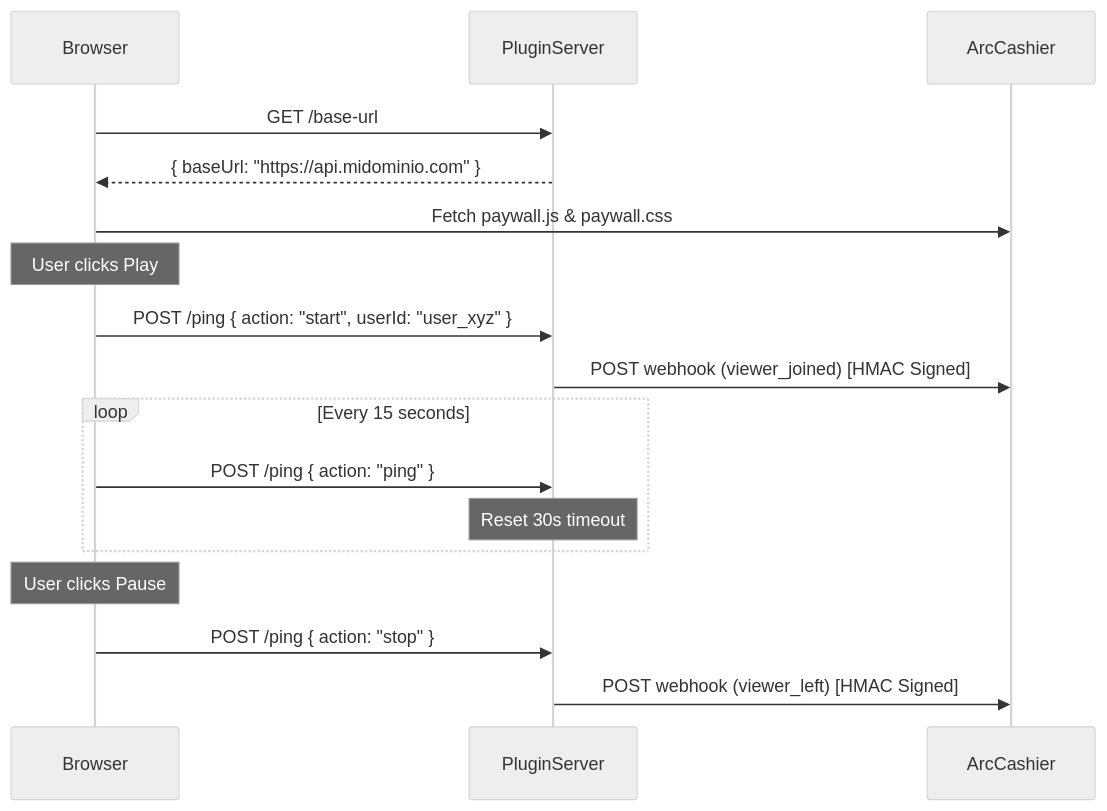
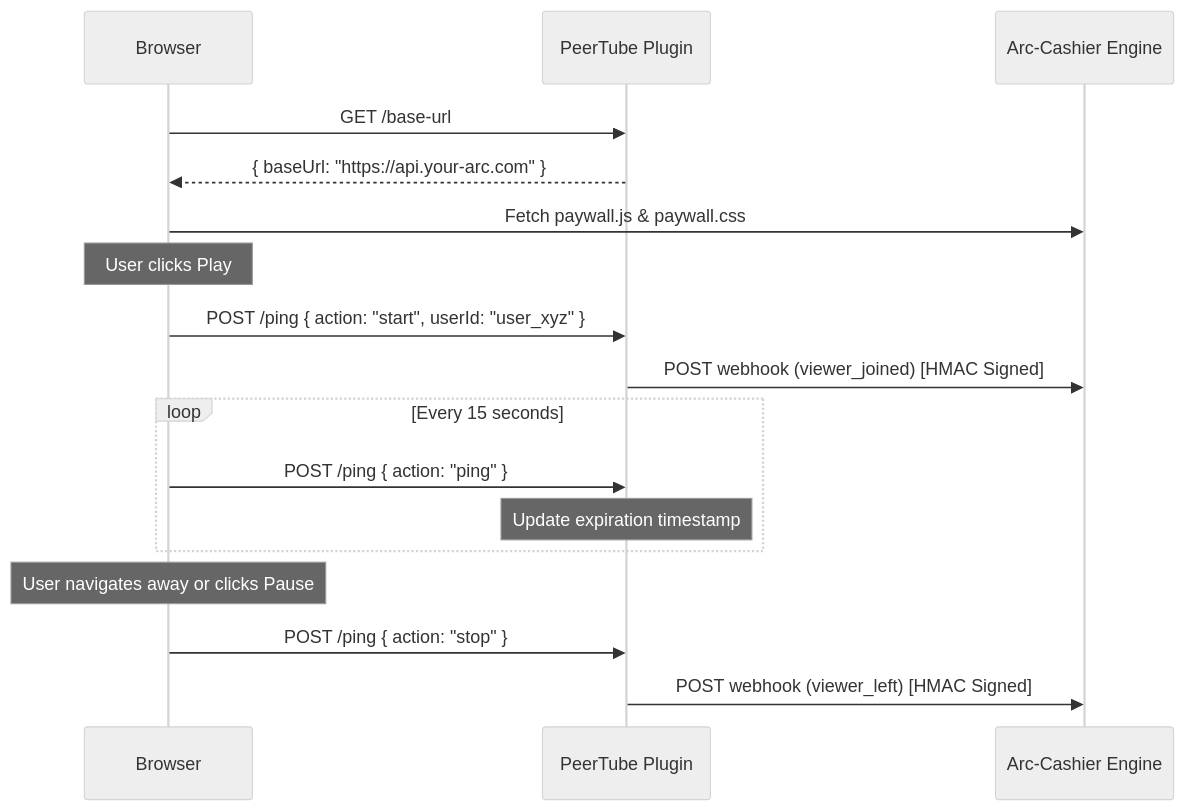
Before and after one commit to JaDi03/peertube-plugin-tessera: the diagram in README.md, drawn with Mermaid (neutral theme). The commit also changed other lines of this file, not shown here.

````diff
--- a/README.md
+++ b/README.md
@@ -37,23 +55,23 @@
 ```mermaid
 sequenceDiagram
     participant Browser
-    participant PluginServer
-    participant ArcCashier
+    participant PluginServer as PeerTube Plugin
+    participant ArcCashier as Arc-Cashier Engine
     
     Browser->>PluginServer: GET /base-url
-    PluginServer-->>Browser: { baseUrl: "https://api.midominio.com" }
+    PluginServer-->>Browser: { baseUrl: "https://api.your-arc.com" }
     Browser->>ArcCashier: Fetch paywall.js & paywall.css
     
     Note over Browser: User clicks Play
     Browser->>PluginServer: POST /ping { action: "start", userId: "user_xyz" }
     PluginServer->>ArcCashier: POST webhook (viewer_joined) [HMAC Signed]
     
     loop Every 15 seconds
         Browser->>PluginServer: POST /ping { action: "ping" }
-        Note over PluginServer: Reset 30s timeout
+        Note over PluginServer: Update expiration timestamp
     end
     
-    Note over Browser: User clicks Pause
+    Note over Browser: User navigates away or clicks Pause
     Browser->>PluginServer: POST /ping { action: "stop" }
     PluginServer->>ArcCashier: POST webhook (viewer_left) [HMAC Signed]
 ```
````
